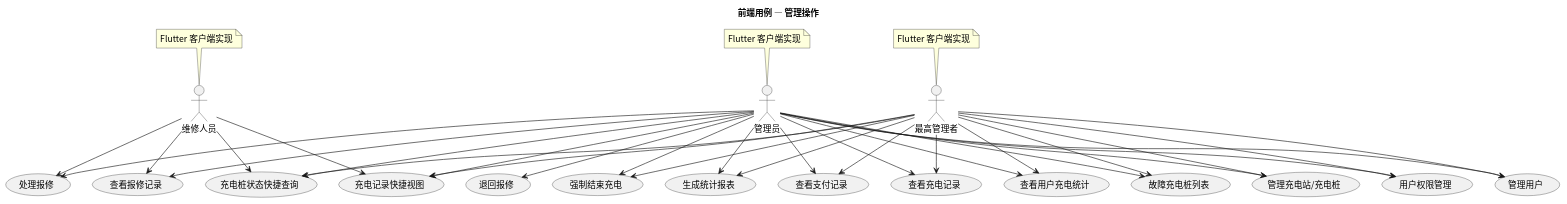
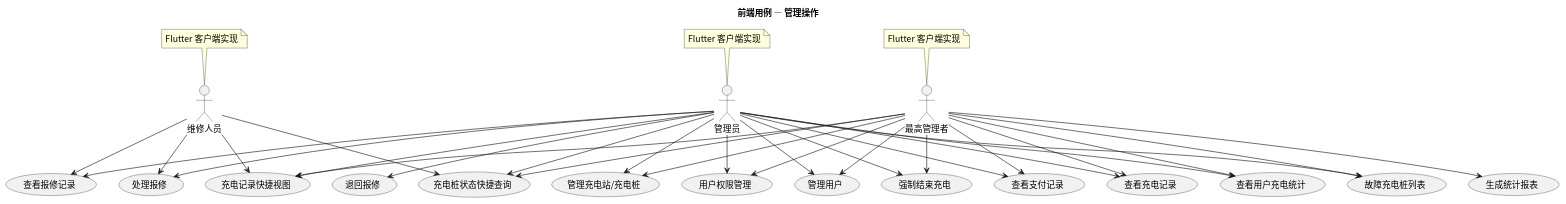
One commit to greenhandzdl/charging-station-doc changed the diagram in usecase/docs/frontend/src/frontend_admin_usecases.puml. Above: the diagram before and after it, drawn with PlantUML. The commit also changed 32 other files, not shown here.

```diff
--- a/usecase/docs/frontend/src/frontend_admin_usecases.puml
+++ b/usecase/docs/frontend/src/frontend_admin_usecases.puml
@@ -1,59 +1,58 @@
 @startuml
 skinparam defaultFontName "Noto Sans CJK SC"
 skinparam defaultFontSize 14
 title 前端用例 — 管理操作
 skinparam useCaseShape rectangle
 
 actor "管理员" as A
 actor "维修人员" as M
 actor "最高管理者" as SA
 
 note top of A : Flutter 客户端实现
 note top of M : Flutter 客户端实现
 note top of SA : Flutter 客户端实现
 
 usecase "处理报修" as HR
 usecase "管理充电站/充电桩" as MM
 usecase "用户权限管理" as PM
 usecase "管理用户" as MU
 usecase "强制结束充电" as FSC
 usecase "生成统计报表" as GS
 usecase "充电桩状态快捷查询" as QC
 usecase "查看报修记录" as VR
 usecase "查看支付记录" as VPR
 usecase "查看充电记录" as VCR
 usecase "充电记录快捷视图" as QV
 usecase "查看用户充电统计" as UCS
 usecase "故障充电桩列表" as FCL
 usecase "退回报修" as RR
 
 A --> HR
 A --> VR
 A --> MM
 A --> PM
 A --> MU
 A --> FSC
-A --> GS
 A --> QC
 A --> QV
 A --> VCR
 A --> VPR
 A --> UCS
 A --> RR
 A --> FCL
 SA --> FCL
 M --> HR
 M --> VR
 M --> QV
 M --> QC
 SA --> MM
 SA --> PM
 SA --> MU
 SA --> FSC
 SA --> GS
 SA --> VCR
 SA --> QC
 SA --> QV
 SA --> VPR
 SA --> UCS
 @enduml
```
